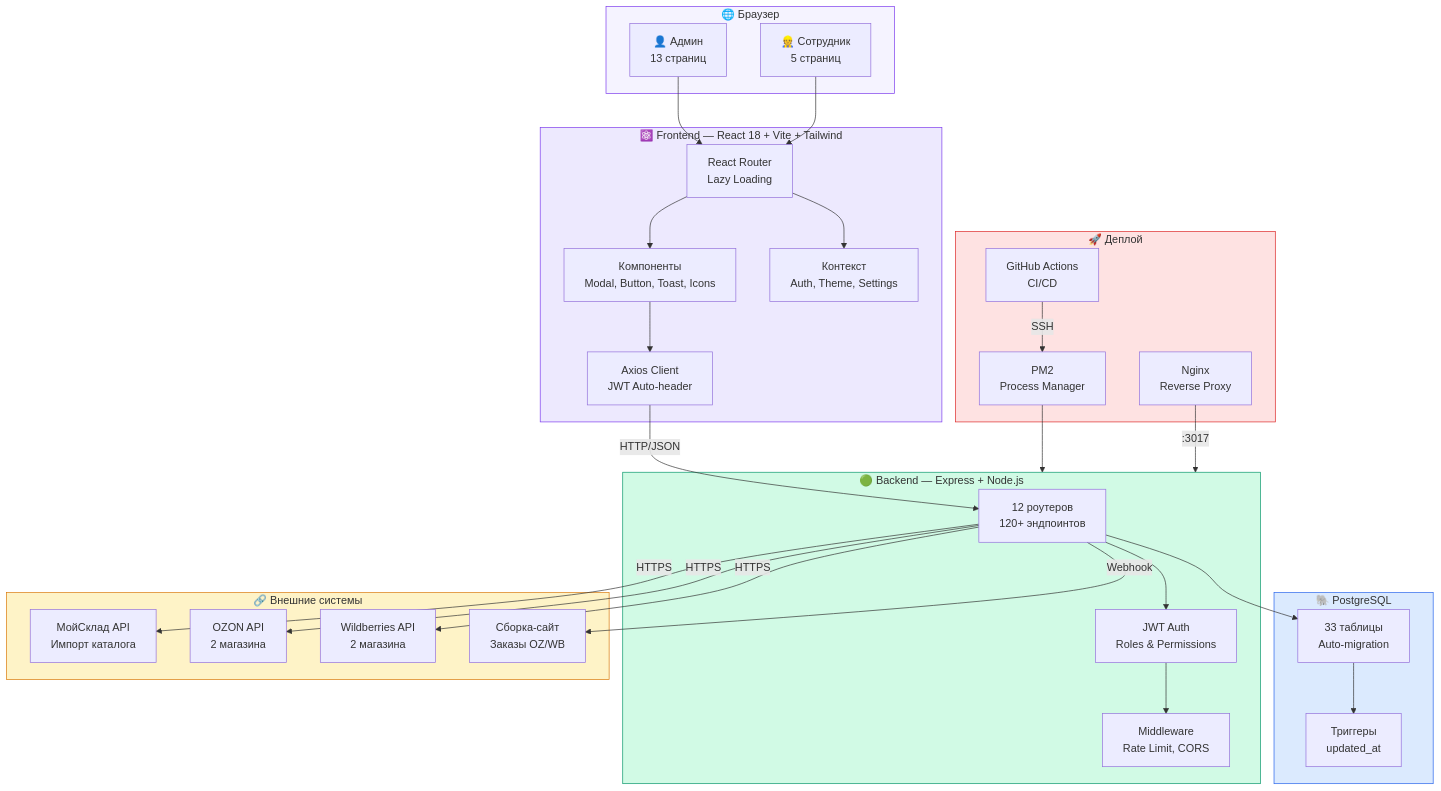
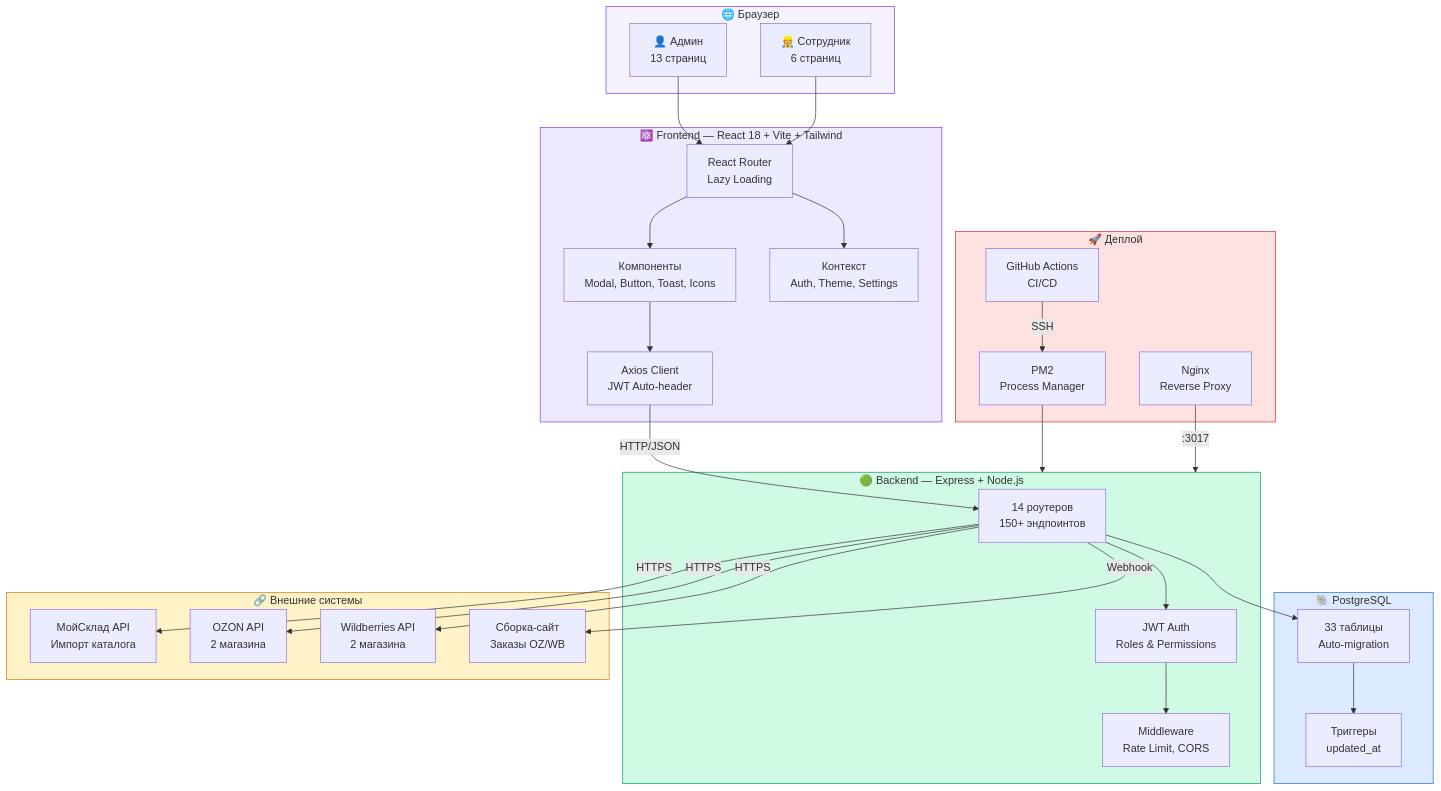
Before and after one commit to arra123/Sklad_control: the first of 3 diagrams in docs/Архитектура/Карта системы.md, drawn with Mermaid. The commit also changed other lines of this file and 36 other files, not shown here.

````diff
--- a/docs/Архитектура/Карта системы.md
+++ b/docs/Архитектура/Карта системы.md
@@ -5,63 +5,63 @@
 ```mermaid
 graph TB
     subgraph BROWSER["🌐 Браузер"]
         ADMIN["👤 Админ<br/>13 страниц"]
-        EMPLOYEE["👷 Сотрудник<br/>5 страниц"]
+        EMPLOYEE["👷 Сотрудник<br/>6 страниц"]
     end
 
     subgraph FRONTEND["⚛️ Frontend — React 18 + Vite + Tailwind"]
         ROUTER["React Router<br/>Lazy Loading"]
         COMPONENTS["Компоненты<br/>Modal, Button, Toast, Icons"]
         CONTEXT["Контекст<br/>Auth, Theme, Settings"]
         API_CLIENT["Axios Client<br/>JWT Auto-header"]
     end
 
     subgraph BACKEND["🟢 Backend — Express + Node.js"]
-        ROUTES["12 роутеров<br/>120+ эндпоинтов"]
+        ROUTES["14 роутеров<br/>150+ эндпоинтов"]
         AUTH["JWT Auth<br/>Roles & Permissions"]
         MIDDLEWARE["Middleware<br/>Rate Limit, CORS"]
     end
 
     subgraph DATABASE["🐘 PostgreSQL"]
         TABLES["33 таблицы<br/>Auto-migration"]
         TRIGGERS["Триггеры<br/>updated_at"]
     end
 
     subgraph EXTERNAL["🔗 Внешние системы"]
         MS["МойСклад API<br/>Импорт каталога"]
         OZON["OZON API<br/>2 магазина"]
         WB["Wildberries API<br/>2 магазина"]
         SBORKA["Сборка-сайт<br/>Заказы OZ/WB"]
     end
 
     subgraph DEPLOY["🚀 Деплой"]
         GH["GitHub Actions<br/>CI/CD"]
         PM2["PM2<br/>Process Manager"]
         NGINX["Nginx<br/>Reverse Proxy"]
     end
 
     ADMIN --> ROUTER
     EMPLOYEE --> ROUTER
     ROUTER --> COMPONENTS
     ROUTER --> CONTEXT
     COMPONENTS --> API_CLIENT
     API_CLIENT -->|HTTP/JSON| ROUTES
     ROUTES --> AUTH
     AUTH --> MIDDLEWARE
     ROUTES --> TABLES
     TABLES --> TRIGGERS
     ROUTES -->|HTTPS| MS
     ROUTES -->|HTTPS| OZON
     ROUTES -->|HTTPS| WB
     ROUTES -->|Webhook| SBORKA
     GH -->|SSH| PM2
     PM2 --> BACKEND
     NGINX -->|:3017| BACKEND
 
     style BROWSER fill:#f5f3ff,stroke:#7c3aed
     style FRONTEND fill:#ede9fe,stroke:#7c3aed
     style BACKEND fill:#d1fae5,stroke:#059669
     style DATABASE fill:#dbeafe,stroke:#2563eb
     style EXTERNAL fill:#fef3c7,stroke:#d97706
     style DEPLOY fill:#fee2e2,stroke:#dc2626
 ```
````
